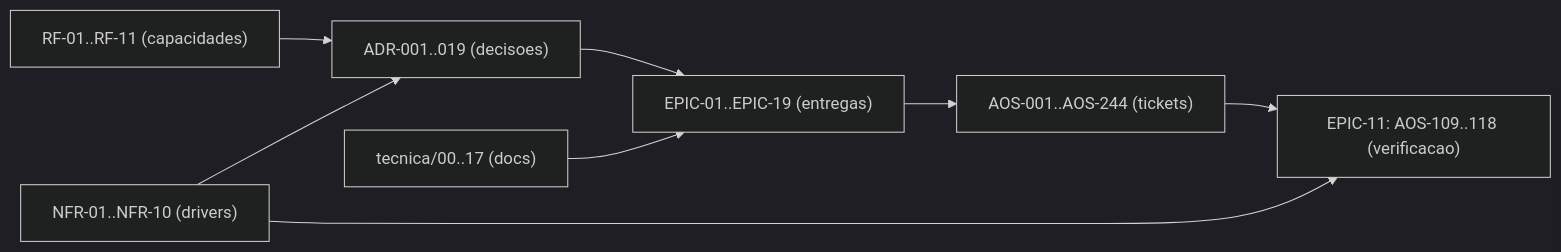
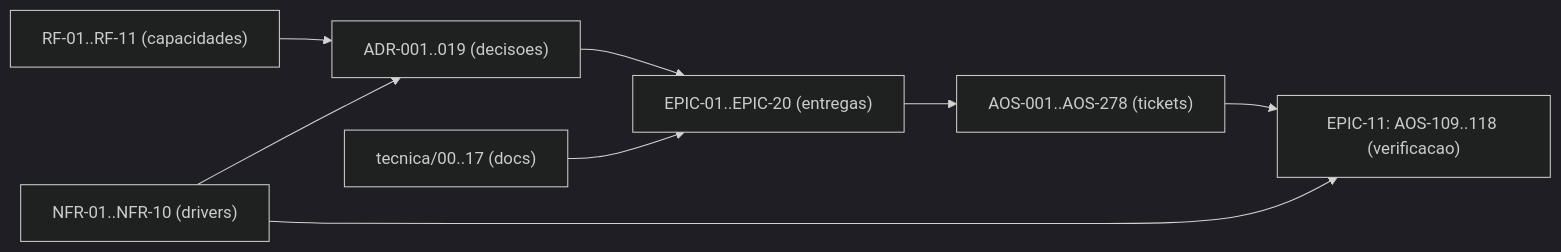
The diagram in tecnica/16_Rastreabilidade_RTM.md (albinoJimy/aos), drawn with Mermaid (dark theme) before and after one commit. The commit also changed other lines of this file and 3 other files, not shown here.

````diff
--- a/tecnica/16_Rastreabilidade_RTM.md
+++ b/tecnica/16_Rastreabilidade_RTM.md
@@ -172,10 +172,10 @@
 ```mermaid
 flowchart LR
     RF["RF-01..RF-11 (capacidades)"] --> ADR["ADR-001..019 (decisoes)"]
     NFR["NFR-01..NFR-10 (drivers)"] --> ADR
-    ADR --> EPIC["EPIC-01..EPIC-19 (entregas)"]
-    EPIC --> TICK["AOS-001..AOS-244 (tickets)"]
+    ADR --> EPIC["EPIC-01..EPIC-20 (entregas)"]
+    EPIC --> TICK["AOS-001..AOS-278 (tickets)"]
     DOC["tecnica/00..17 (docs)"] --> EPIC
     TICK --> TEST["EPIC-11: AOS-109..118 (verificacao)"]
     NFR --> TEST
 ```
````
